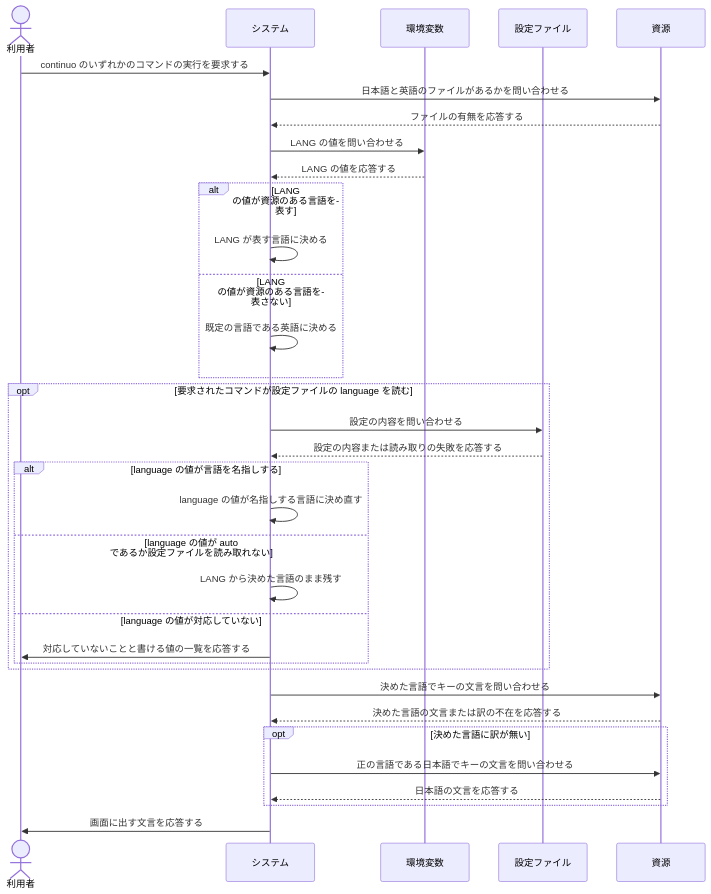
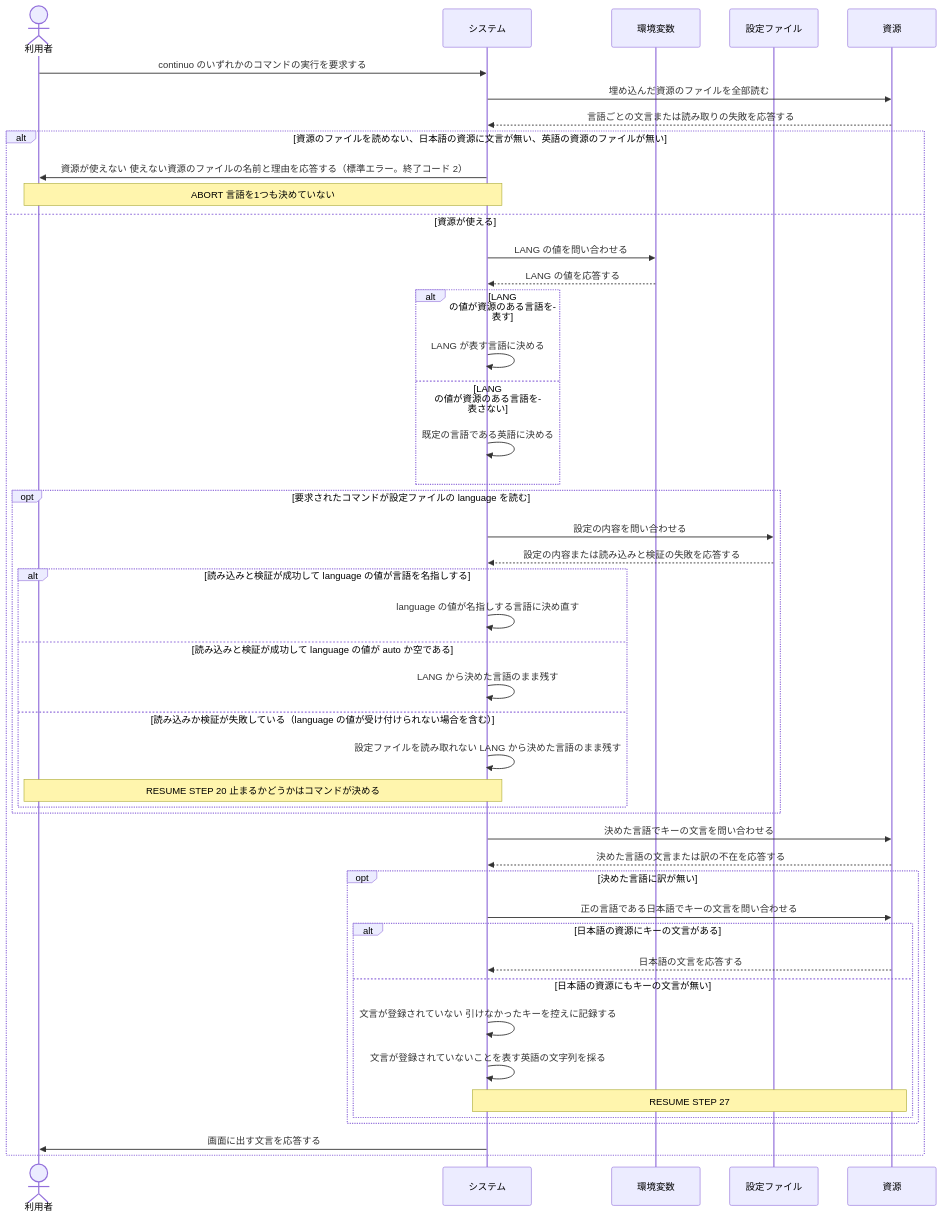
The second of 2 diagrams in docs/spec/usecases/particular_case/画面に出す文言の言語を決める.rucm.md (maimuzo/continuo), drawn with Mermaid before and after one commit. The commit also changed other lines of this file and 122 other files, not shown here.

````diff
--- a/docs/spec/usecases/particular_case/画面に出す文言の言語を決める.rucm.md
+++ b/docs/spec/usecases/particular_case/画面に出す文言の言語を決める.rucm.md
@@ -209,43 +256,54 @@
 ```mermaid
 sequenceDiagram
     actor 利用者
     participant システム
     participant 環境変数
     participant 設定ファイル
     participant 資源
 
     利用者->>システム: continuo のいずれかのコマンドの実行を要求する
-    システム->>資源: 日本語と英語のファイルがあるかを問い合わせる
-    資源-->>システム: ファイルの有無を応答する
+    システム->>資源: 埋め込んだ資源のファイルを全部読む
+    資源-->>システム: 言語ごとの文言または読み取りの失敗を応答する
+    alt 資源のファイルを読めない、日本語の資源に文言が無い、英語の資源のファイルが無い
+        システム->>利用者: 資源が使えない 使えない資源のファイルの名前と理由を応答する（標準エラー。終了コード 2）
+        Note over 利用者,システム: ABORT 言語を1つも決めていない
+    else 資源が使える
+        システム->>環境変数: LANG の値を問い合わせる
+        環境変数-->>システム: LANG の値を応答する
 
-    システム->>環境変数: LANG の値を問い合わせる
-    環境変数-->>システム: LANG の値を応答する
+        alt LANG の値が資源のある言語を表す
+            システム->>システム: LANG が表す言語に決める
+        else LANG の値が資源のある言語を表さない
+            システム->>システム: 既定の言語である英語に決める
+        end
 
-    alt LANG の値が資源のある言語を表す
-        システム->>システム: LANG が表す言語に決める
-    else LANG の値が資源のある言語を表さない
-        システム->>システム: 既定の言語である英語に決める
+        opt 要求されたコマンドが設定ファイルの language を読む
+            システム->>設定ファイル: 設定の内容を問い合わせる
+            設定ファイル-->>システム: 設定の内容または読み込みと検証の失敗を応答する
+            alt 読み込みと検証が成功して language の値が言語を名指しする
+                システム->>システム: language の値が名指しする言語に決め直す
+            else 読み込みと検証が成功して language の値が auto か空である
+                システム->>システム: LANG から決めた言語のまま残す
+            else 読み込みか検証が失敗している（language の値が受け付けられない場合を含む）
+                システム->>システム: 設定ファイルを読み取れない LANG から決めた言語のまま残す
+                Note over 利用者,システム: RESUME STEP 20 止まるかどうかはコマンドが決める
+            end
+        end
+
+        システム->>資源: 決めた言語でキーの文言を問い合わせる
+        資源-->>システム: 決めた言語の文言または訳の不在を応答する
+
+        opt 決めた言語に訳が無い
+            システム->>資源: 正の言語である日本語でキーの文言を問い合わせる
+            alt 日本語の資源にキーの文言がある
+                資源-->>システム: 日本語の文言を応答する
+            else 日本語の資源にもキーの文言が無い
+                システム->>システム: 文言が登録されていない 引けなかったキーを控えに記録する
+                システム->>システム: 文言が登録されていないことを表す英語の文字列を採る
+                Note over システム,資源: RESUME STEP 27
+            end
+        end
+
+        システム->>利用者: 画面に出す文言を応答する
     end
-
-    opt 要求されたコマンドが設定ファイルの language を読む
-        システム->>設定ファイル: 設定の内容を問い合わせる
-        設定ファイル-->>システム: 設定の内容または読み取りの失敗を応答する
-        alt language の値が言語を名指しする
-            システム->>システム: language の値が名指しする言語に決め直す
-        else language の値が auto であるか設定ファイルを読み取れない
-            システム->>システム: LANG から決めた言語のまま残す
-        else language の値が対応していない
-            システム->>利用者: 対応していないことと書ける値の一覧を応答する
-        end
-    end
-
-    システム->>資源: 決めた言語でキーの文言を問い合わせる
-    資源-->>システム: 決めた言語の文言または訳の不在を応答する
-
-    opt 決めた言語に訳が無い
-        システム->>資源: 正の言語である日本語でキーの文言を問い合わせる
-        資源-->>システム: 日本語の文言を応答する
-    end
-
-    システム->>利用者: 画面に出す文言を応答する
 ```
````
